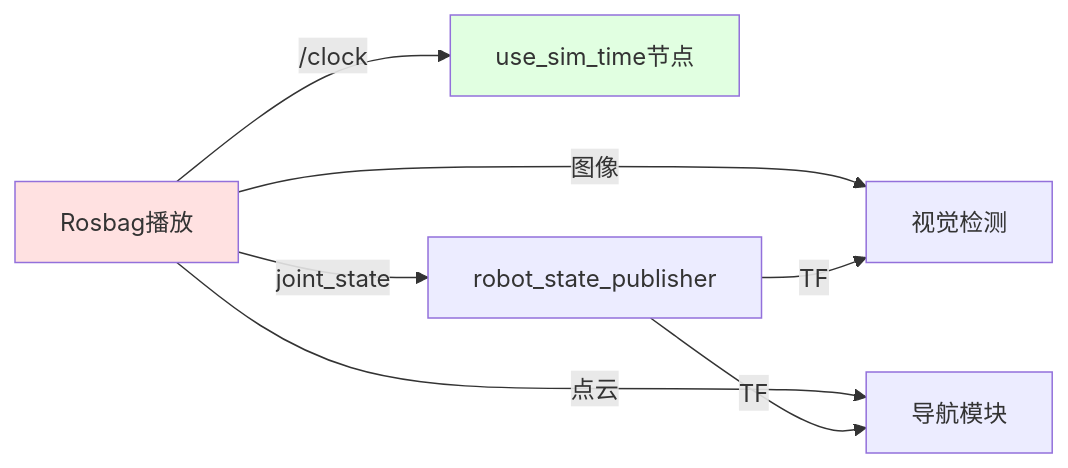
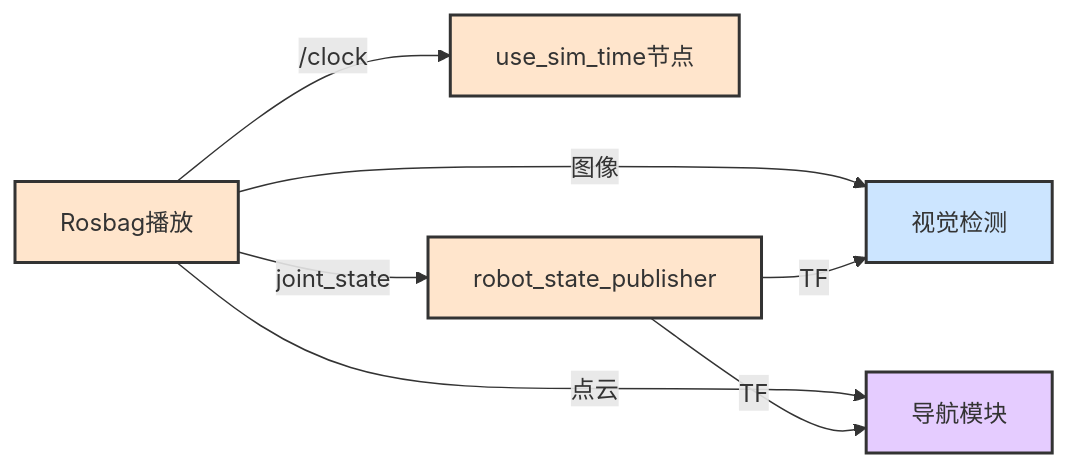
Before and after one commit to happywosabi/pb2025_sentry_ws: the second of 2 diagrams in docs/08_运行与调试.md, drawn with Mermaid. The commit also changed other lines of this file and 5 other files, not shown here.

````diff
--- a/docs/08_运行与调试.md
+++ b/docs/08_运行与调试.md
@@ -267,12 +274,18 @@
 ```mermaid
 graph LR
     A[Rosbag播放] -->|图像| B[视觉检测]
     A -->|点云| C[导航模块]
     A -->|/clock| D[use_sim_time节点]
     A -->|joint_state| E[robot_state_publisher]
     E -->|TF| B
     E -->|TF| C
 
-    style A fill:#ffe1e1
-    style D fill:#e1ffe1
+    classDef hardwareClass fill:#FFE5CC,stroke:#333,stroke-width:2px
+    classDef perceptionClass fill:#CCE5FF,stroke:#333,stroke-width:2px
+    classDef navClass fill:#E5CCFF,stroke:#333,stroke-width:2px
+    classDef dataClass fill:#E5FFE5,stroke:#333,stroke-width:2px
+
+    class A,D,E hardwareClass
+    class B perceptionClass
+    class C navClass
 ```
````
